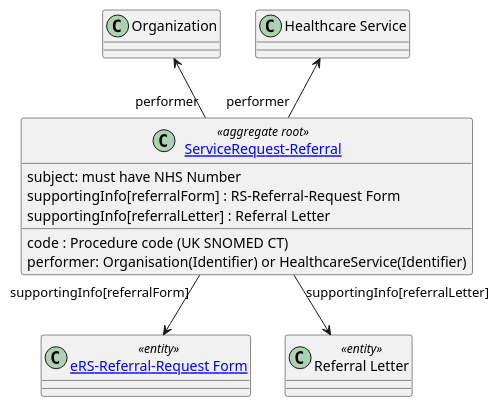
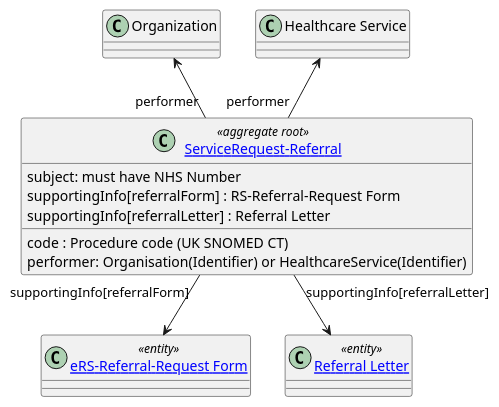
The diagram in input/images-source/referral-model.plantuml (KevinMayfield/VirtuallyHealthcare), drawn with PlantUML before and after one commit. The commit also changed 5 other files, not shown here.

```diff
--- a/input/images-source/referral-model.plantuml
+++ b/input/images-source/referral-model.plantuml
@@ -1,28 +1,28 @@
 @startuml
 
 
 class "[[StructureDefinition-ServiceRequest-Referral.html ServiceRequest-Referral]]" as ServiceRequest <<aggregate root>> {
 subject: must have NHS Number
 code : Procedure code (UK SNOMED CT)
 supportingInfo[referralForm] : RS-Referral-Request Form
 supportingInfo[referralLetter] : Referral Letter
 performer: Organisation(Identifier) or HealthcareService(Identifier)
 }
 
 class "[[Questionnaire-eRS-Referral-Request.html eRS-Referral-Request Form]]" as form <<entity>> {
 }
 
-class "Referral Letter" as Composition <<entity>> {
+class "[[Bundle-FHIRDocumentEOLCCarePlanBundle.html Referral Letter]]" as Composition <<entity>> {
 }
 
 class "Healthcare Service" as service
 
 class Organization {
 }
 
 ServiceRequest "supportingInfo[referralForm]" --> form
 ServiceRequest "supportingInfo[referralLetter]" --> Composition
 ServiceRequest "performer" -u-> service
 ServiceRequest "performer" -u-> Organization
 
 @enduml
```
